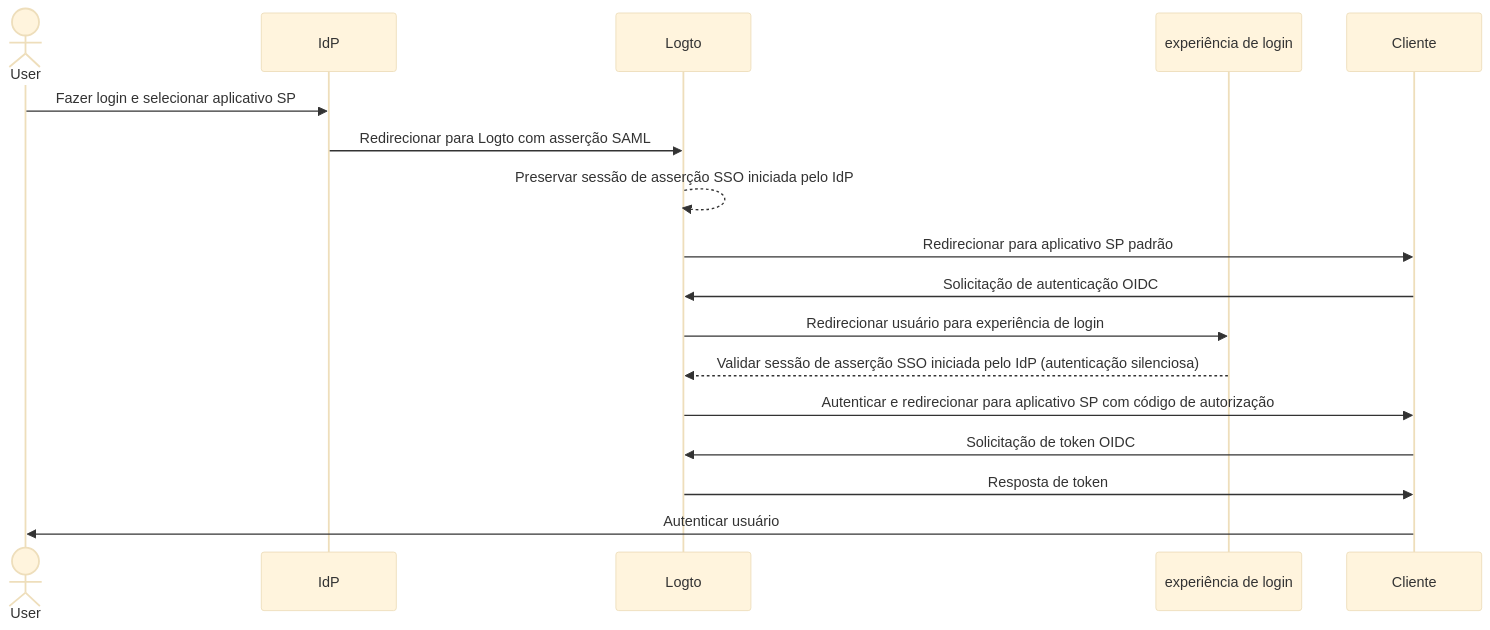
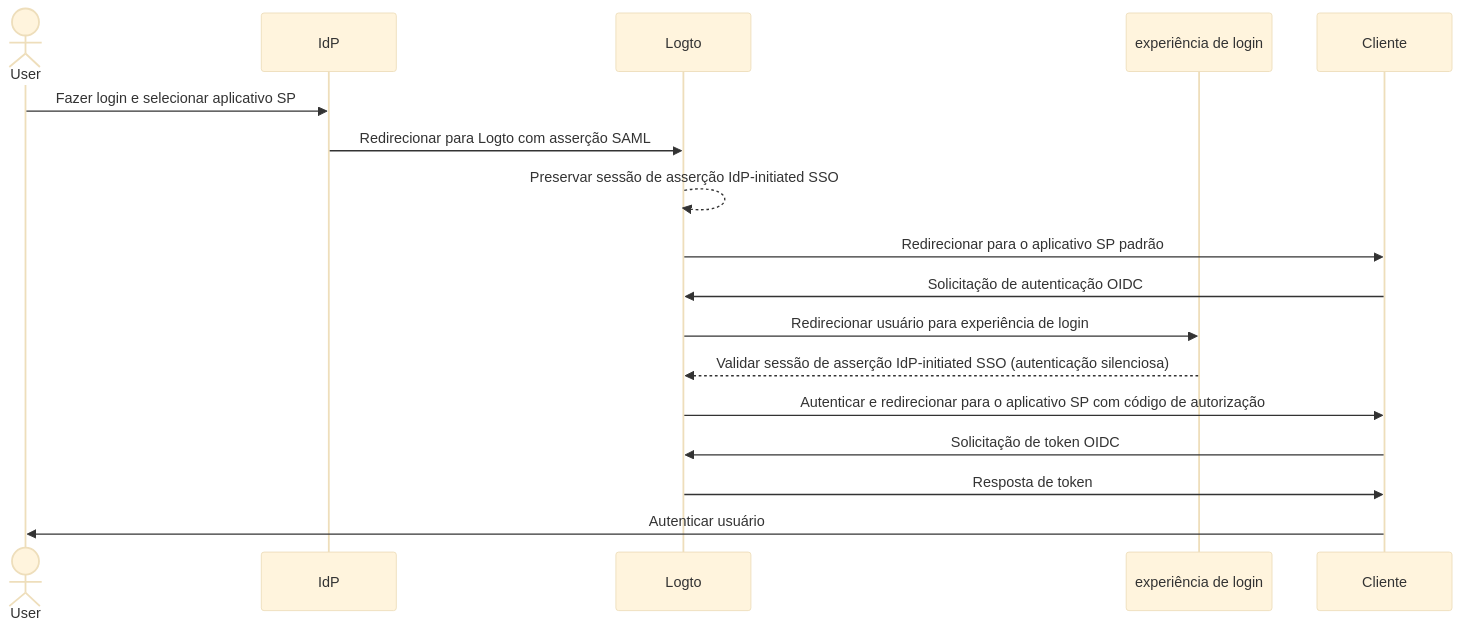
Before and after one commit to logto-io/docs: the first of 2 diagrams in i18n/pt-BR/docusaurus-plugin-content-docs/current/end-user-flows/enterprise-sso/idp-initiated-sso.mdx, drawn with Mermaid (base theme). The commit also changed other lines of this file and 2629 other files, not shown here.

````diff
--- a/i18n/pt-BR/docusaurus-plugin-content-docs/current/end-user-flows/enterprise-sso/idp-initiated-sso.mdx
+++ b/i18n/pt-BR/docusaurus-plugin-content-docs/current/end-user-flows/enterprise-sso/idp-initiated-sso.mdx
@@ -60,20 +63,20 @@
 ```mermaid
 sequenceDiagram
     actor User
     participant IdP as IdP
     participant Logto as Logto
     participant Experience as experiência de login
     participant SP as Cliente
 
     User->>IdP: Fazer login e selecionar aplicativo SP
     IdP->>Logto: Redirecionar para Logto com asserção SAML
-    Logto-->>Logto: Preservar sessão de asserção SSO iniciada pelo IdP
-    Logto->>SP: Redirecionar para aplicativo SP padrão
+    Logto-->>Logto: Preservar sessão de asserção IdP-initiated SSO
+    Logto->>SP: Redirecionar para o aplicativo SP padrão
     SP->>Logto: Solicitação de autenticação OIDC
     Logto->>Experience: Redirecionar usuário para experiência de login
-    Experience-->>Logto: Validar sessão de asserção SSO iniciada pelo IdP (autenticação silenciosa)
-    Logto->>SP: Autenticar e redirecionar para aplicativo SP com código de autorização
+    Experience-->>Logto: Validar sessão de asserção IdP-initiated SSO (autenticação silenciosa)
+    Logto->>SP: Autenticar e redirecionar para o aplicativo SP com código de autorização
     SP->>Logto: Solicitação de token OIDC
     Logto->>SP: Resposta de token
     SP->>User: Autenticar usuário
 ```
````
